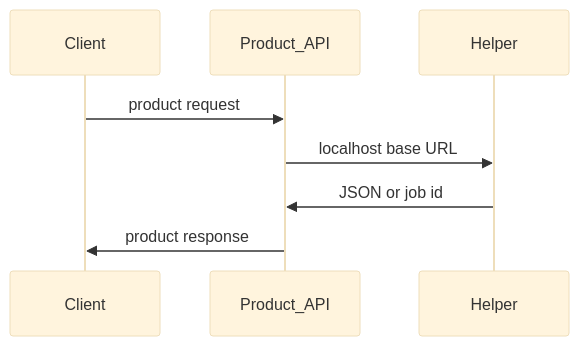
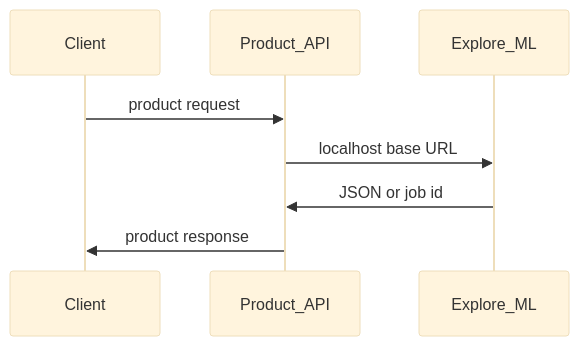
One commit to felixzhu97/explore-ml changed the second of 23 diagrams in docs/Guideline.md. Above: the diagram before and after it, drawn with Mermaid (base theme). The commit also changed other lines of this file and 22 other files, not shown here.

````diff
--- a/docs/Guideline.md
+++ b/docs/Guideline.md
@@ -53,10 +54,10 @@
 ```mermaid
 sequenceDiagram
   participant Client
   participant API as Product_API
-  participant ML as Helper
+  participant ML as Explore_ML
   Client->>API: product request
   API->>ML: localhost base URL
   ML->>API: JSON or job id
   API->>Client: product response
 ```
````
